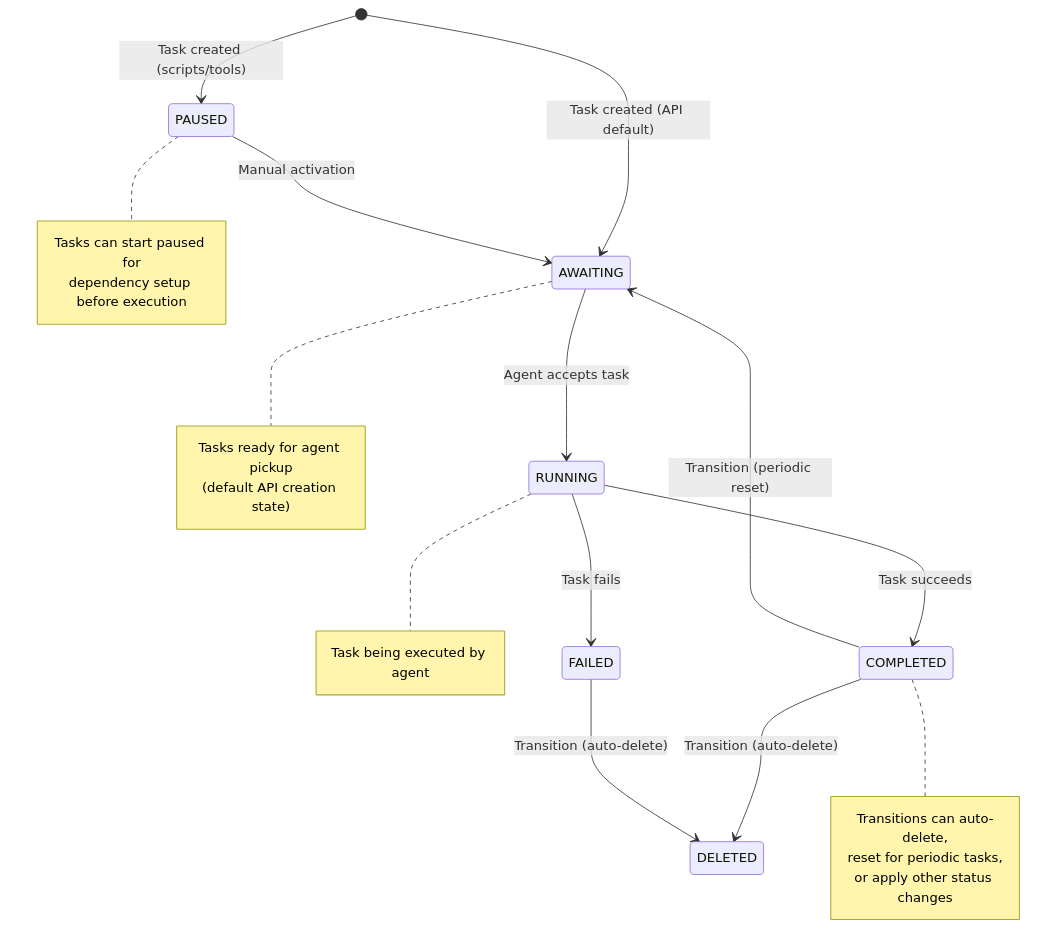
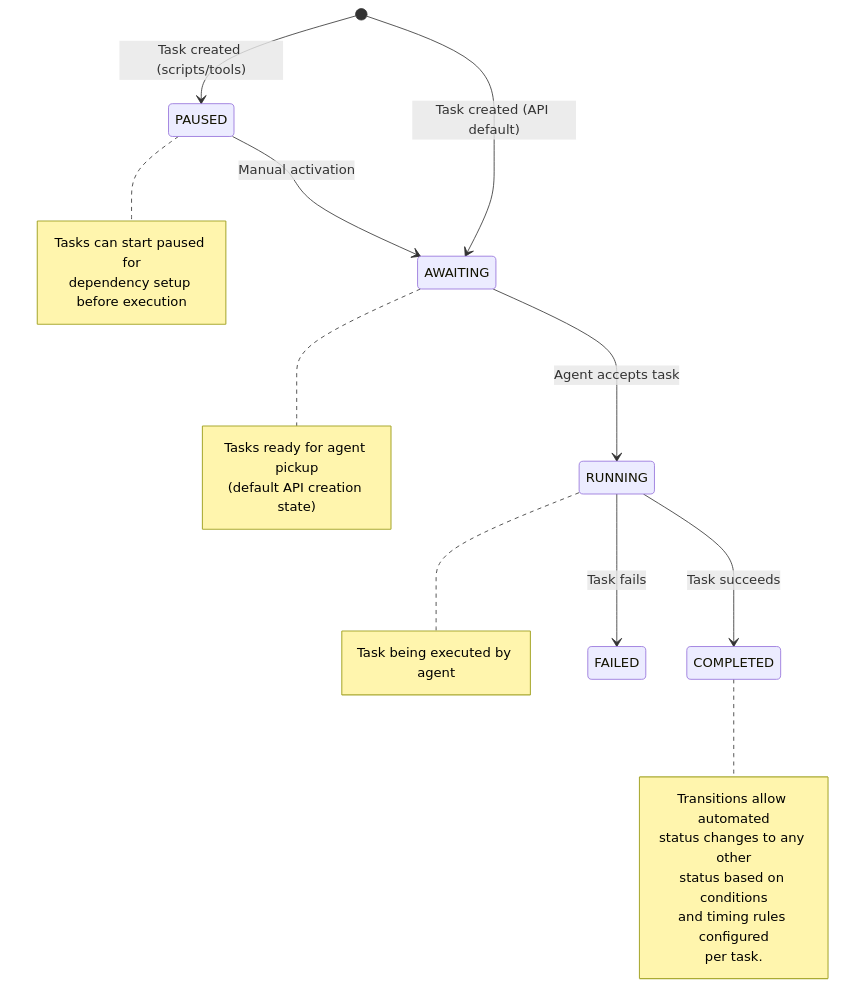
One commit to jorisvddonk/sheetbot changed the third of 4 diagrams in README.md. Above: the diagram before and after it, drawn with Mermaid.

Commit message:
simplify task state diagram

````diff
--- a/README.md
+++ b/README.md
@@ -97,28 +97,27 @@
 ```mermaid
 stateDiagram-v2
     [*] --> PAUSED : Task created (scripts/tools)
     [*] --> AWAITING : Task created (API default)
     PAUSED --> AWAITING : Manual activation
     AWAITING --> RUNNING : Agent accepts task
     RUNNING --> COMPLETED : Task succeeds
     RUNNING --> FAILED : Task fails
-    COMPLETED --> DELETED : Transition (auto-delete)
-    FAILED --> DELETED : Transition (auto-delete)
-    COMPLETED --> AWAITING : Transition (periodic reset)
     note right of PAUSED
         Tasks can start paused for
         dependency setup before execution
     end note
     note right of AWAITING
         Tasks ready for agent pickup
         (default API creation state)
     end note
     note right of RUNNING
         Task being executed by agent
     end note
     note right of COMPLETED
-        Transitions can auto-delete,
-        reset for periodic tasks,
-        or apply other status changes
+        Transitions allow automated
+        status changes to any other
+        status based on conditions
+        and timing rules configured
+        per task.
     end note
 ```
````
